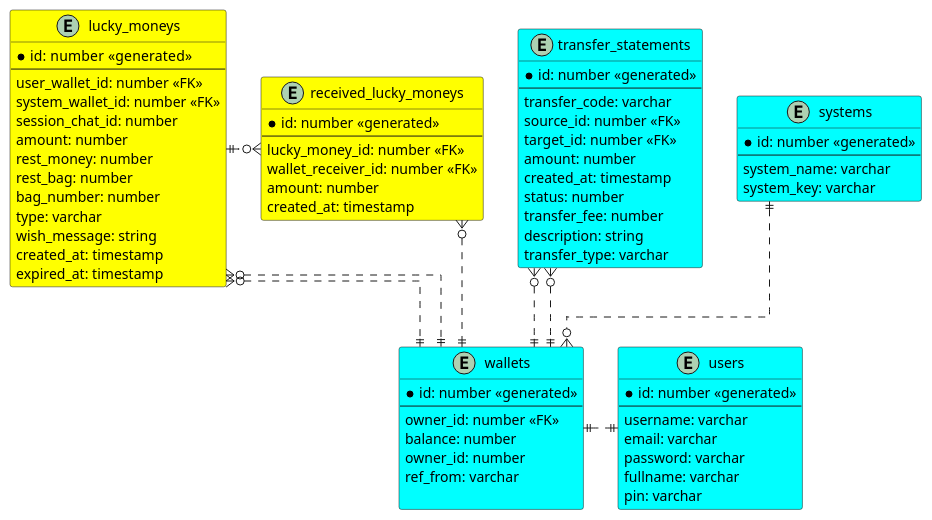
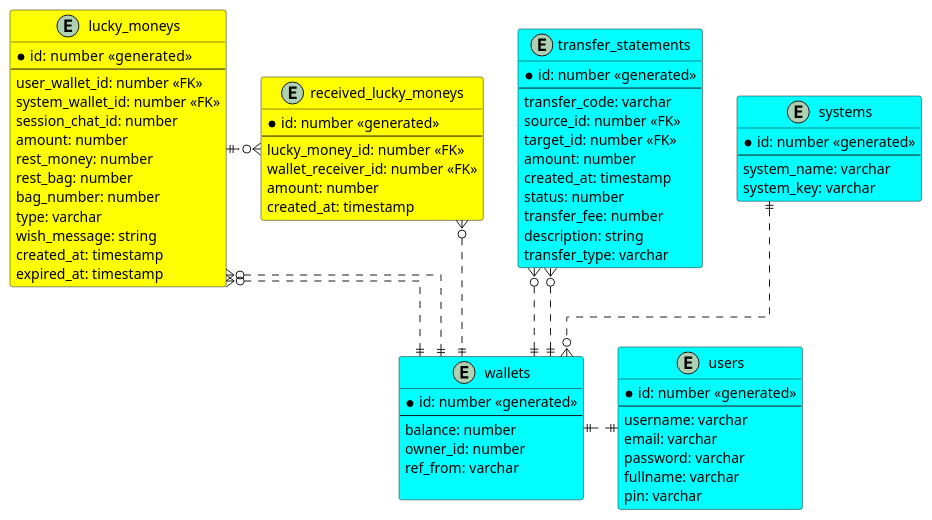
One commit to ntan1902/hey-app changed the diagram in documents/uml/system design/database_diagram.puml. Above: the diagram before and after it, drawn with PlantUML. The commit also changed 45 other files, not shown here.

```diff
--- a/documents/uml/system design/database_diagram.puml
+++ b/documents/uml/system design/database_diagram.puml
@@ -2,104 +2,103 @@
 @startuml
 
 ' hide the spot
 ' hide circle
 
 ' avoid problems with angled crows feet
 skinparam linetype ortho
 
 entity "users" as users #Aqua{
     *id: number <<generated>>
     --
     username: varchar
     email: varchar
     password: varchar
     fullname: varchar
     pin: varchar
 }
 
 ' LuckyMoney system: 
 ' - system_name: LuckyMoney
 ' - system_key: 
 ' ----> Request Auth system -> JWToken system 
 ' LuckyMoney vS Payment 
 ' LuckyMoney ----> Request Auth system -> JWToken system
 ' LuckyMoney dùng JWToken vừa có để request danh sách  wallets của nó
 ' sử dụng list wallets này ntn thì tuỳ nó 
 
 ' LuckyMoney request lên payment chuyển tiền. Tới... với cái
 ' wallet id nào của nó  
 
 entity "systems" #Aqua{
     *id: number <<generated>>
     --
     system_name: varchar
     system_key: varchar
 }
 
 
 entity "wallets" as wallets #Aqua{
     *id: number <<generated>>
     --
-    owner_id: number <<FK>>
     balance: number    
     owner_id: number
     ref_from: varchar
     
 }
 
 entity "transfer_statements" as transfer_statements #Aqua {
     *id: number <<generated>>
     --
     transfer_code: varchar
     source_id: number <<FK>>
     target_id: number <<FK>>
     amount: number
     created_at: timestamp
     status: number
     transfer_fee: number
     description: string
     transfer_type: varchar
 }
 
 entity "lucky_moneys" as lucky_moneys #Yellow{
     *id: number  <<generated>>
     --
     user_wallet_id: number <<FK>>
     system_wallet_id: number <<FK>>
     session_chat_id: number
     amount: number
     rest_money: number
     rest_bag: number
     bag_number: number
     type: varchar
     wish_message: string
     created_at: timestamp
     expired_at: timestamp
 }
 
 entity "received_lucky_moneys" as received_luckey_moneys #Yellow{
     *id: number <<generated>>
     --
     lucky_money_id: number <<FK>>
     wallet_receiver_id: number <<FK>>
     amount: number
     created_at: timestamp
 }
 
 wallets ||.up.o{ transfer_statements
 wallets ||.up.o{ transfer_statements
 
 wallets ||.up.o{ lucky_moneys
 wallets ||.up.o{ lucky_moneys
 
 wallets ||.up.o{ received_luckey_moneys
 
 users ||.left.|| wallets
 
 systems ||..o{ wallets
 
 
 lucky_moneys ||.right.o{ received_luckey_moneys
 
 
 @enduml
```
